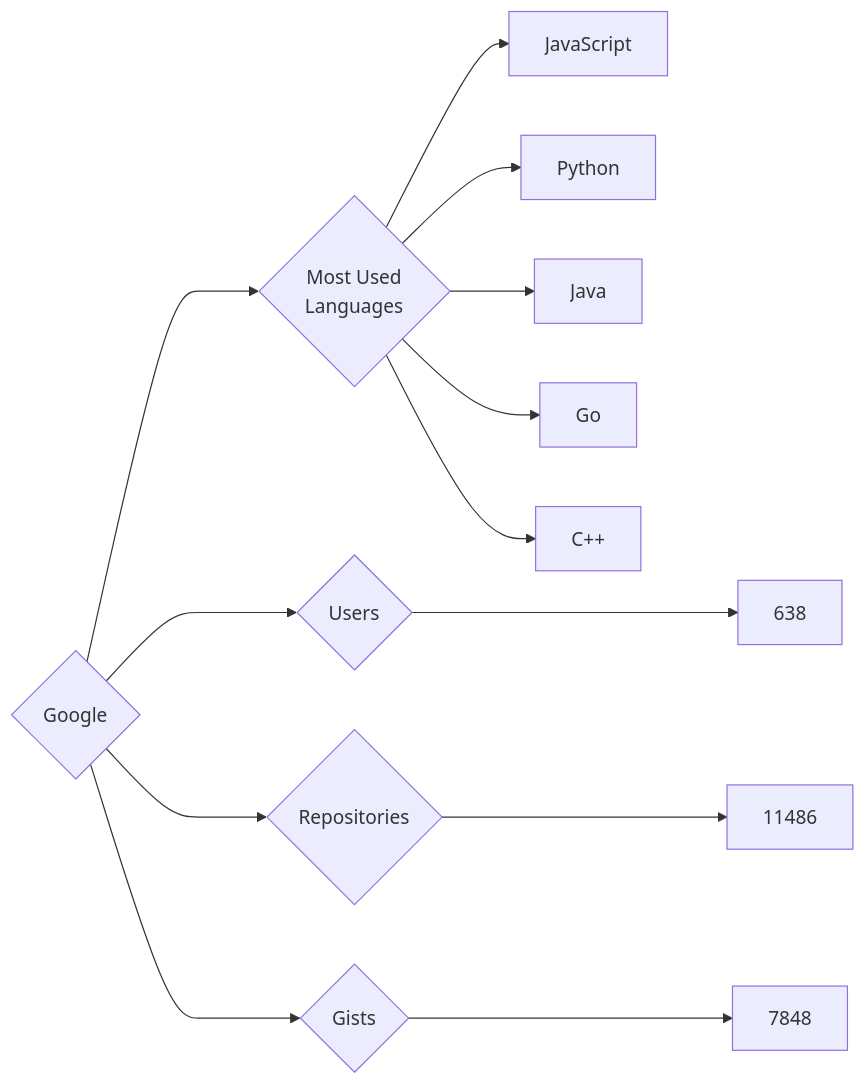
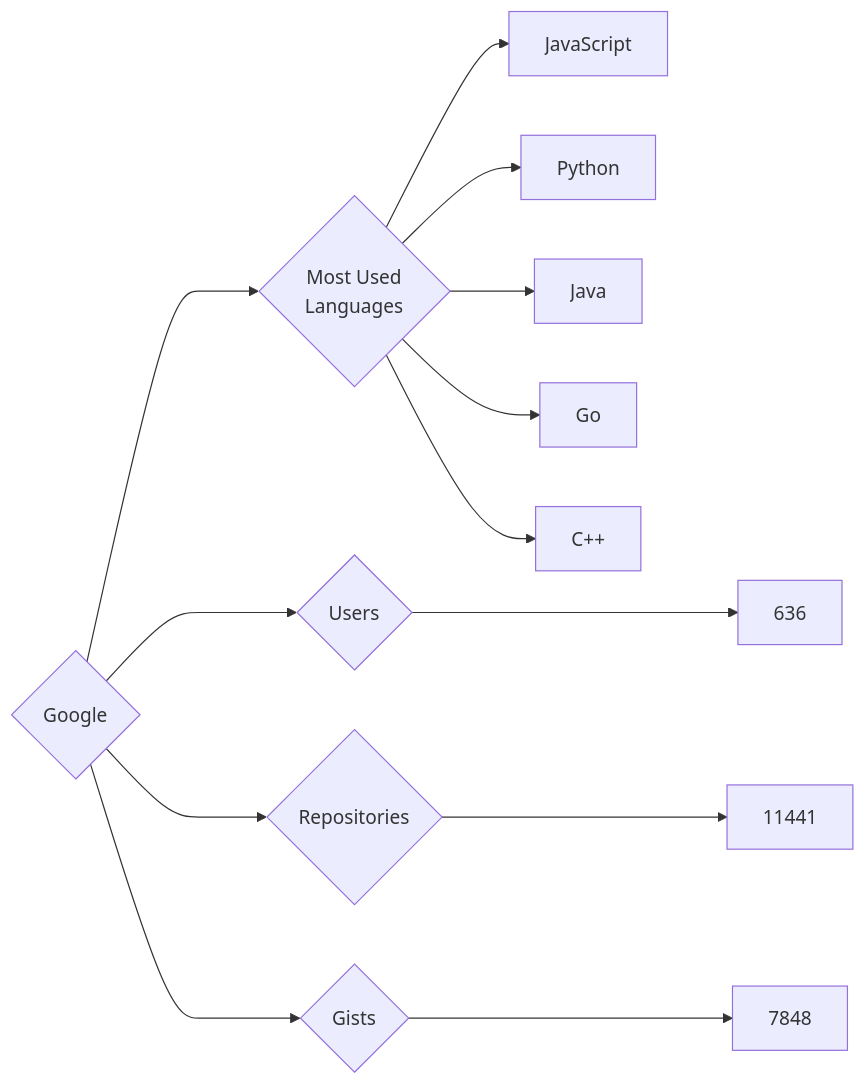
One commit to trickest/insiders changed the diagram in targets/Google/README.md. Above: the diagram before and after it, drawn with Mermaid. The commit also changed 679 other files, not shown here.

````diff
--- a/targets/Google/README.md
+++ b/targets/Google/README.md
@@ -3,13 +3,13 @@
 ```mermaid
 graph LR
 COMPANY_NAME{Google}
-COMPANY_NAME ---> U{Users} ---> UN[638]
-COMPANY_NAME ---> R{Repositories} ---> RN[11486]
+COMPANY_NAME ---> U{Users} ---> UN[636]
+COMPANY_NAME ---> R{Repositories} ---> RN[11441]
 COMPANY_NAME ---> G{Gists} ---> GN[7848]
 COMPANY_NAME ---> ML{Most Used<br>Languages}
 ML --> JavaScript[JavaScript]
 ML --> Python[Python]
 ML --> Java[Java]
 ML --> Go[Go]
 ML --> C++[C++]
 ```
````
